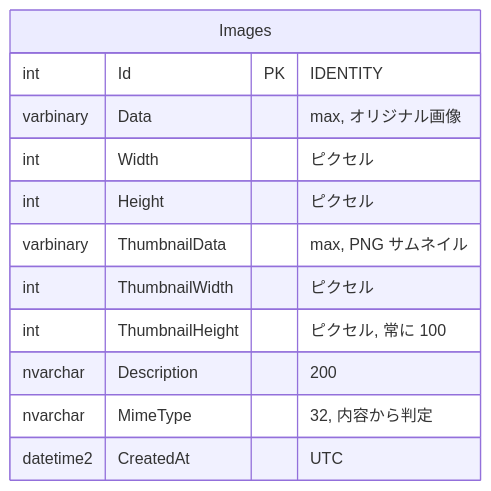
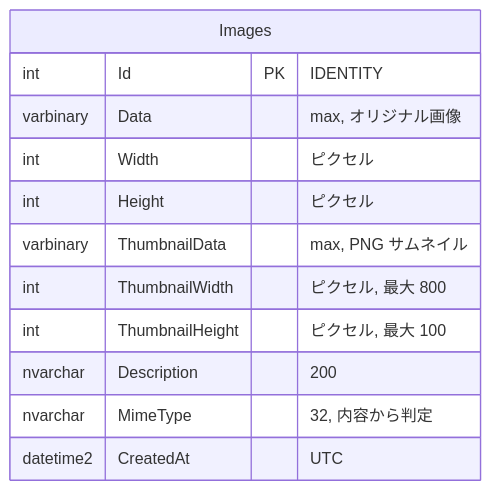
One commit to Fujiwo/Shos.ImageUploadSample changed the second of 3 diagrams in README.jp.md. Above: the diagram before and after it, drawn with Mermaid. The commit also changed other lines of this file and 3 other files, not shown here.

````diff
--- a/README.jp.md
+++ b/README.jp.md
@@ -141,15 +141,15 @@
 ```mermaid
 erDiagram
     Images {
         int Id PK "IDENTITY"
         varbinary Data "max, オリジナル画像"
         int Width "ピクセル"
         int Height "ピクセル"
         varbinary ThumbnailData "max, PNG サムネイル"
-        int ThumbnailWidth "ピクセル"
-        int ThumbnailHeight "ピクセル, 常に 100"
+        int ThumbnailWidth "ピクセル, 最大 800"
+        int ThumbnailHeight "ピクセル, 最大 100"
         nvarchar Description "200"
         nvarchar MimeType "32, 内容から判定"
         datetime2 CreatedAt "UTC"
     }
 ```
````
